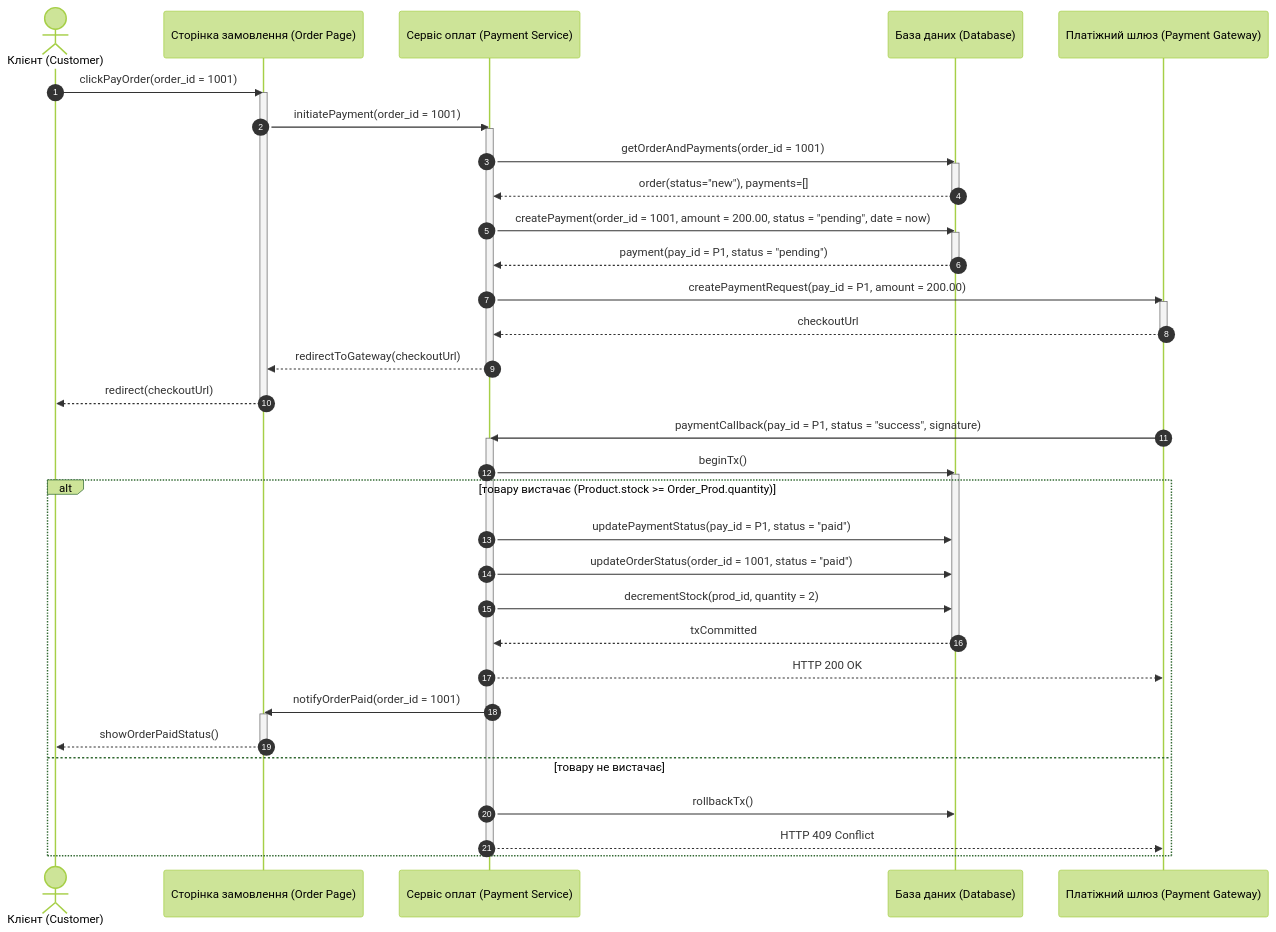
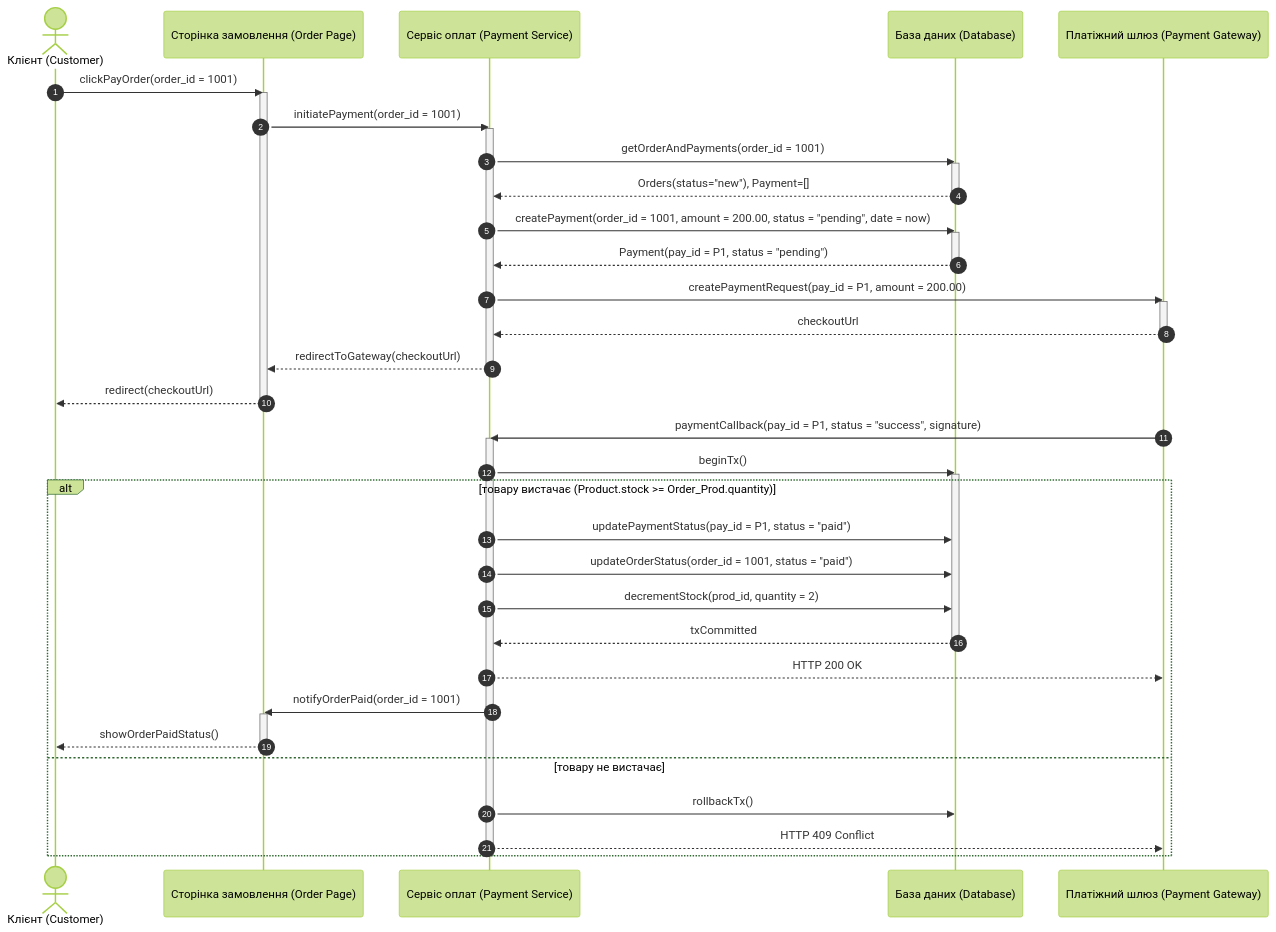
The first of 15 diagrams in Lab3/diagram.md (hutnichs/KPI_MAVPZ), drawn with Mermaid (forest theme) before and after one commit. The commit also changed other lines of this file, not shown here.

Commit message:
Refactor payment flow and update details

````diff
--- a/Lab3/diagram.md
+++ b/Lab3/diagram.md
@@ -5,51 +5,51 @@
 ```mermaid
 sequenceDiagram
     autonumber
     actor Customer as Клієнт (Customer)
     participant Page as Сторінка замовлення (Order Page)
     participant PS as Сервіс оплат (Payment Service)
     participant DB as База даних (Database)
     participant PGW as Платіжний шлюз (Payment Gateway)
 
     Customer->>Page: clickPayOrder(order_id = 1001)
     activate Page
     Page->>PS: initiatePayment(order_id = 1001)
     activate PS
     PS->>DB: getOrderAndPayments(order_id = 1001)
     activate DB
-    DB-->>PS: order(status="new"), payments=[]
+    DB-->>PS: Orders(status="new"), Payment=[]
     deactivate DB
     PS->>DB: createPayment(order_id = 1001, amount = 200.00, status = "pending", date = now)
     activate DB
-    DB-->>PS: payment(pay_id = P1, status = "pending")
+    DB-->>PS: Payment(pay_id = P1, status = "pending")
     deactivate DB
     PS->>PGW: createPaymentRequest(pay_id = P1, amount = 200.00)
     activate PGW
     PGW-->>PS: checkoutUrl
     deactivate PGW
     PS-->>Page: redirectToGateway(checkoutUrl)
     deactivate PS
     Page-->>Customer: redirect(checkoutUrl)
     deactivate Page
 
     PGW->>PS: paymentCallback(pay_id = P1, status = "success", signature)
     activate PS
     PS->>DB: beginTx()
     activate DB
     alt товару вистачає (Product.stock >= Order_Prod.quantity)
         PS->>DB: updatePaymentStatus(pay_id = P1, status = "paid")
         PS->>DB: updateOrderStatus(order_id = 1001, status = "paid")
         PS->>DB: decrementStock(prod_id, quantity = 2)
         DB-->>PS: txCommitted
         deactivate DB
         PS-->>PGW: HTTP 200 OK
         PS->>Page: notifyOrderPaid(order_id = 1001)
         activate Page
         Page-->>Customer: showOrderPaidStatus()
         deactivate Page
     else товару не вистачає
         PS->>DB: rollbackTx()
         PS-->>PGW: HTTP 409 Conflict
     end
     deactivate PS
 ```
````
